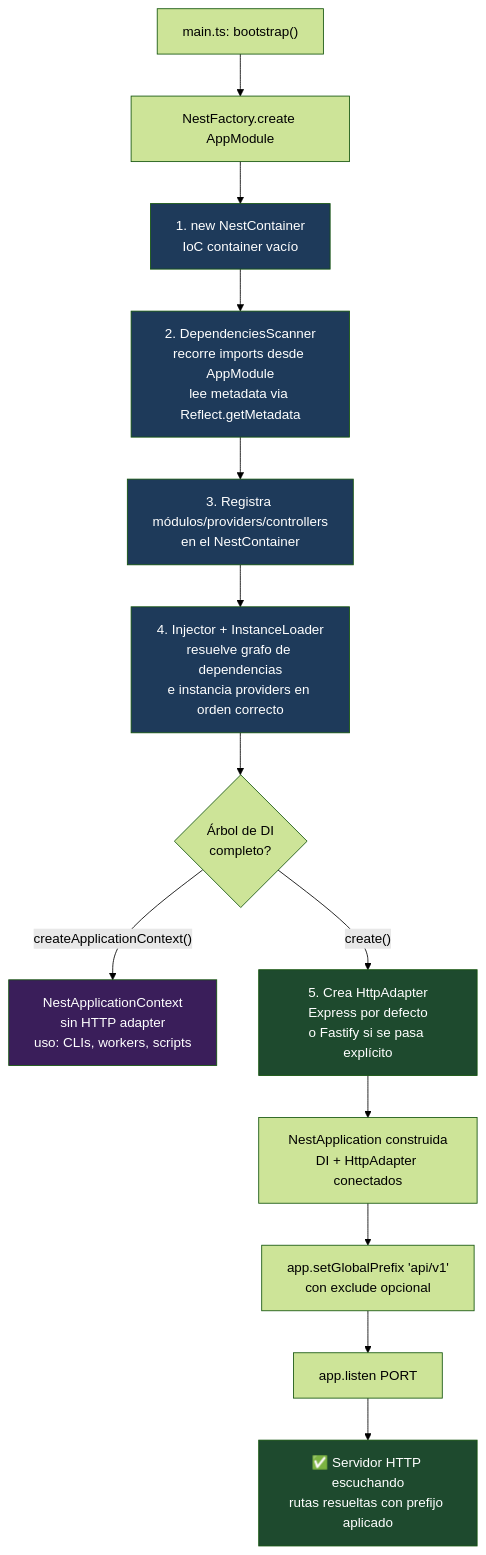
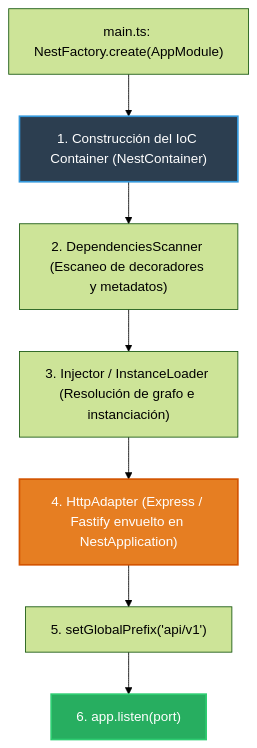
One commit to PatricioOsorio/nest-first-app changed the diagram in notes/1-nestjs-core/1.1-bootstrap-application-context.md. Above: the diagram before and after it, drawn with Mermaid (forest theme). The commit also changed other lines of this file and 12 other files, not shown here.

````diff
--- a/notes/1-nestjs-core/1.1-bootstrap-application-context.md
+++ b/notes/1-nestjs-core/1.1-bootstrap-application-context.md
@@ -70,26 +11,13 @@
 ```mermaid
 flowchart TD
-    A["main.ts: bootstrap()"] --> B["NestFactory.create AppModule"]
+    Main["main.ts: NestFactory.create(AppModule)"] --> IoC["1. Construcción del IoC Container (NestContainer)"]
+    IoC --> Scan["2. DependenciesScanner (Escaneo de decoradores y metadatos)"]
+    Scan --> Inject["3. Injector / InstanceLoader (Resolución de grafo e instanciación)"]
+    Inject --> Adapter["4. HttpAdapter (Express / Fastify envuelto en NestApplication)"]
+    Adapter --> Prefix["5. setGlobalPrefix('api/v1')"]
+    Prefix --> Listen["6. app.listen(port)"]
 
-    B --> C["1. new NestContainer<br/>IoC container vacío"]
-    C --> D["2. DependenciesScanner<br/>recorre imports desde AppModule<br/>lee metadata via Reflect.getMetadata"]
-    D --> E["3. Registra módulos/providers/controllers<br/>en el NestContainer"]
-    E --> F["4. Injector + InstanceLoader<br/>resuelve grafo de dependencias<br/>e instancia providers en orden correcto"]
-
-    F --> G{"Árbol de DI<br/>completo?"}
-    G -->|"createApplicationContext()"| H["NestApplicationContext<br/>sin HTTP adapter<br/>uso: CLIs, workers, scripts"]
-    G -->|"create()"| I["5. Crea HttpAdapter<br/>Express por defecto<br/>o Fastify si se pasa explícito"]
-
-    I --> J["NestApplication construida<br/>DI + HttpAdapter conectados"]
-    J --> K["app.setGlobalPrefix 'api/v1'<br/>con exclude opcional"]
-    K --> L["app.listen PORT"]
-    L --> M["✅ Servidor HTTP escuchando<br/>rutas resueltas con prefijo aplicado"]
-
-    style C fill:#1e3a5a,color:#fff
-    style D fill:#1e3a5a,color:#fff
-    style E fill:#1e3a5a,color:#fff
-    style F fill:#1e3a5a,color:#fff
-    style H fill:#3a1e5a,color:#fff
-    style I fill:#1e4a2e,color:#fff
-    style M fill:#1e4a2e,color:#fff
+    style IoC fill:#2c3e50,stroke:#3498db,stroke-width:2px,color:#fff
+    style Adapter fill:#e67e22,stroke:#d35400,stroke-width:2px,color:#fff
+    style Listen fill:#27ae60,stroke:#2ecc71,stroke-width:2px,color:#fff
 ```
````
